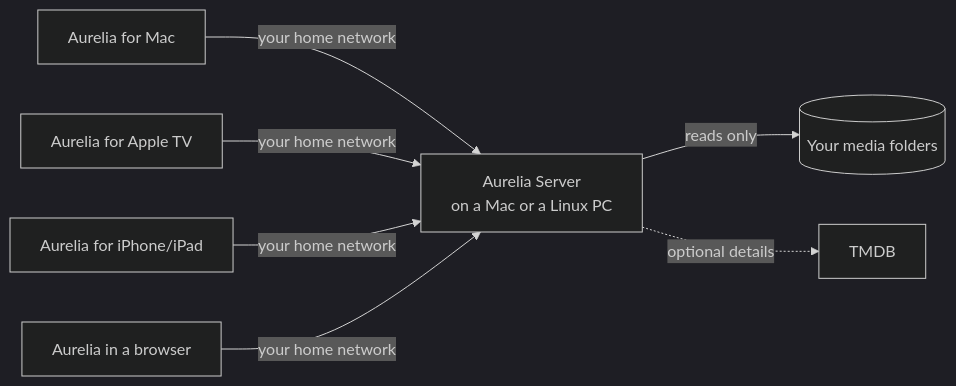
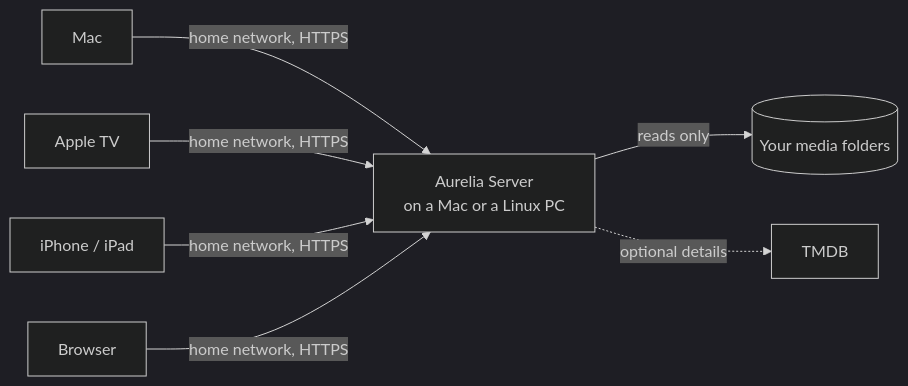
Before and after one commit to lucaskleinsteuber/Aurelia: the diagram in README.md, drawn with Mermaid (dark theme). The commit also changed other lines of this file, not shown here.

Commit message:
Make the README clearer, with iPhone and iPad screenshots

````diff
--- a/README.md
+++ b/README.md
@@ -85,9 +95,9 @@
 ```mermaid
 flowchart LR
-    mac["Aurelia for Mac"] -- "your home network" --> server
-    tv["Aurelia for Apple TV"] -- "your home network" --> server
-    ios["Aurelia for iPhone/iPad"] -- "your home network" --> server
-    web["Aurelia in a browser"] -- "your home network" --> server
+    mac["Mac"] -- "home network, HTTPS" --> server
+    tv["Apple TV"] -- "home network, HTTPS" --> server
+    ios["iPhone / iPad"] -- "home network, HTTPS" --> server
+    web["Browser"] -- "home network, HTTPS" --> server
     server["Aurelia Server<br/>on a Mac or a Linux PC"] -- "reads only" --> media[("Your media folders")]
     server -. "optional details" .-> tmdb["TMDB"]
 ```
````
